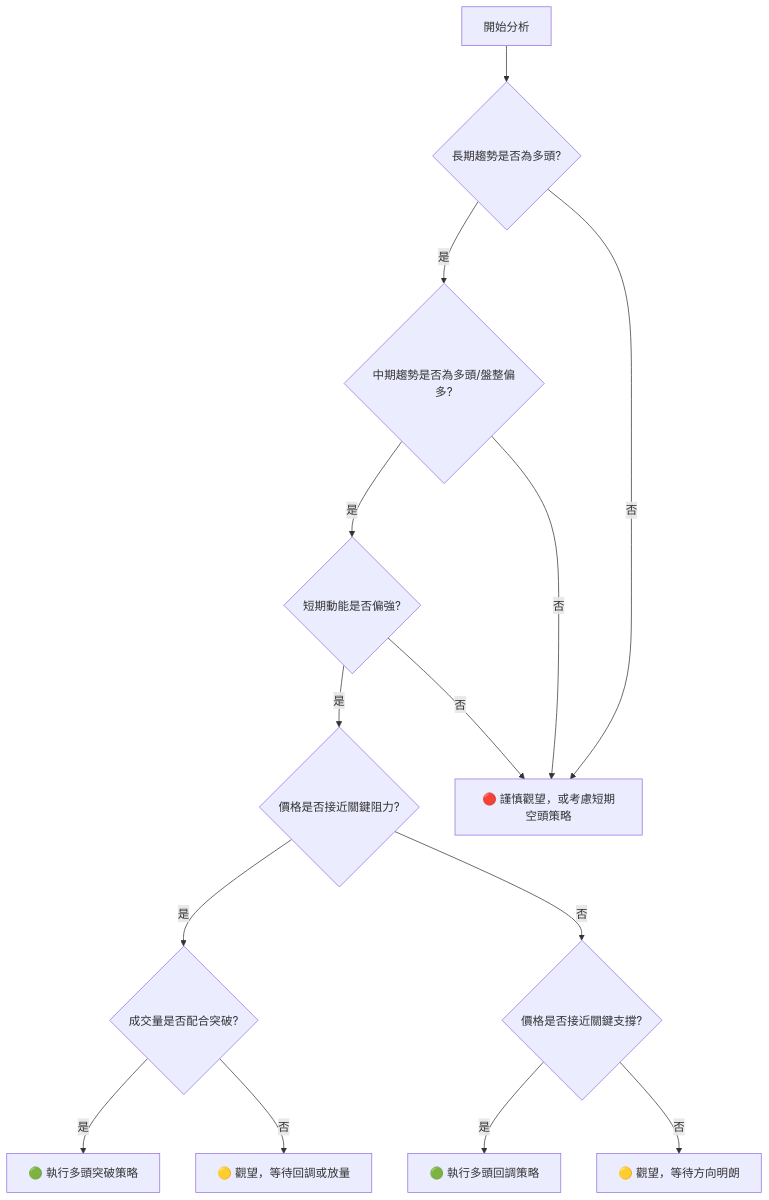
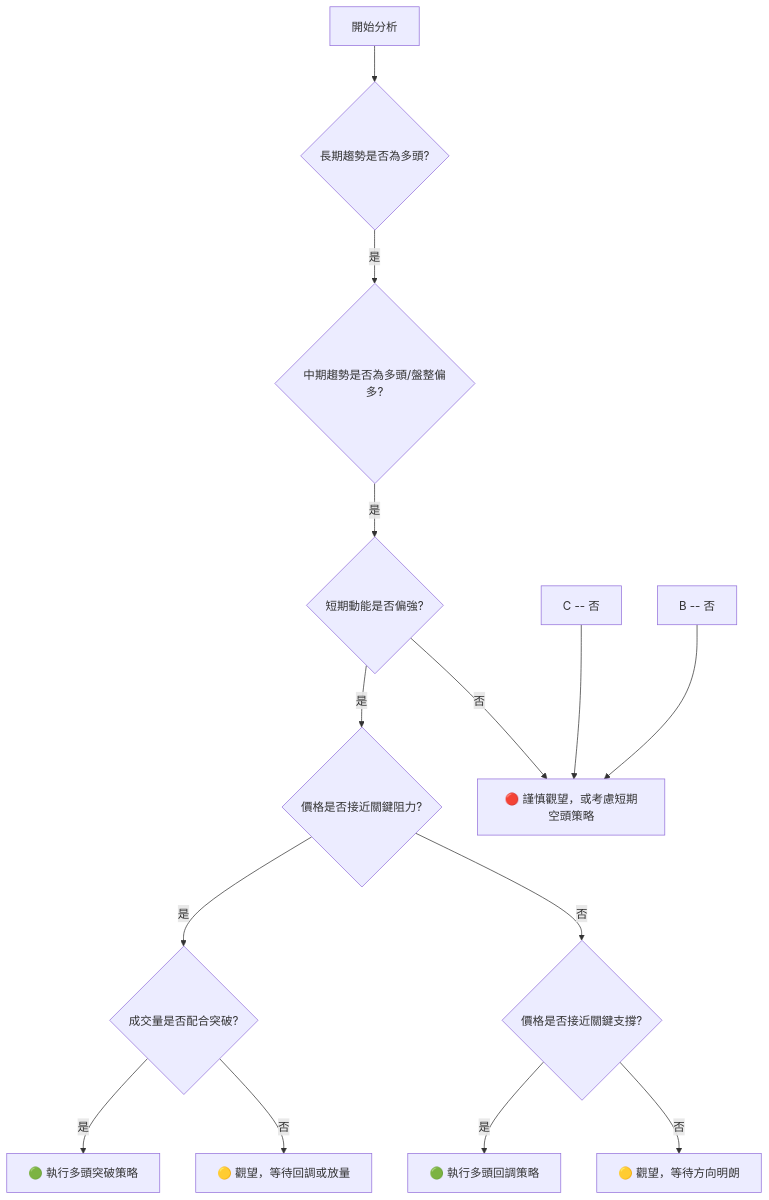
One commit to yennanliu/finance_data changed the tenth of 11 diagrams in ai_gen_report/stock/0050/technical_analysis_2026-07-06_gemini.md. Above: the diagram before and after it, drawn with Mermaid. The commit also changed other lines of this file and 2258 other files, not shown here.

First line of the commit message:
chore: backfill Mermaid syntax repair across existing reports

````diff
--- a/ai_gen_report/stock/0050/technical_analysis_2026-07-06_gemini.md
+++ b/ai_gen_report/stock/0050/technical_analysis_2026-07-06_gemini.md
@@ -656,16 +656,16 @@
 ```mermaid
 graph TD
-    A[開始分析] --> B{長期趨勢是否為多頭?}
-    B -- 是 --> C{中期趨勢是否為多頭/盤整偏多?}
-    C -- 是 --> D{短期動能是否偏強?}
-    D -- 是 --> E{價格是否接近關鍵阻力?}
-    E -- 是 --> F{成交量是否配合突破?}
-    F -- 是 --> G[🟢 執行多頭突破策略]
-    F -- 否 --> H[🟡 觀望，等待回調或放量]
-    E -- 否 --> I{價格是否接近關鍵支撐?}
-    I -- 是 --> J[🟢 執行多頭回調策略]
-    I -- 否 --> K[🟡 觀望，等待方向明朗]
-    D -- 否 --> L[🔴 謹慎觀望，或考慮短期空頭策略]
-    C -- 否 --> L
-    B -- 否 --> L
+    A["開始分析"] --> B{"長期趨勢是否為多頭?"}
+    B -- 是 --> C{"中期趨勢是否為多頭/盤整偏多?"}
+    C -- 是 --> D{"短期動能是否偏強?"}
+    D -- 是 --> E{"價格是否接近關鍵阻力?"}
+    E -- 是 --> F{"成交量是否配合突破?"}
+    F -- 是 --> G["🟢 執行多頭突破策略"]
+    F -- 否 --> H["🟡 觀望，等待回調或放量"]
+    E -- 否 --> I{"價格是否接近關鍵支撐?"}
+    I -- 是 --> J["🟢 執行多頭回調策略"]
+    I -- 否 --> K["🟡 觀望，等待方向明朗"]
+    D -- 否 --> L["🔴 謹慎觀望，或考慮短期空頭策略"]
+    nb1["C -- 否"] --> L
+    nb2["B -- 否"] --> L
 ```
````
